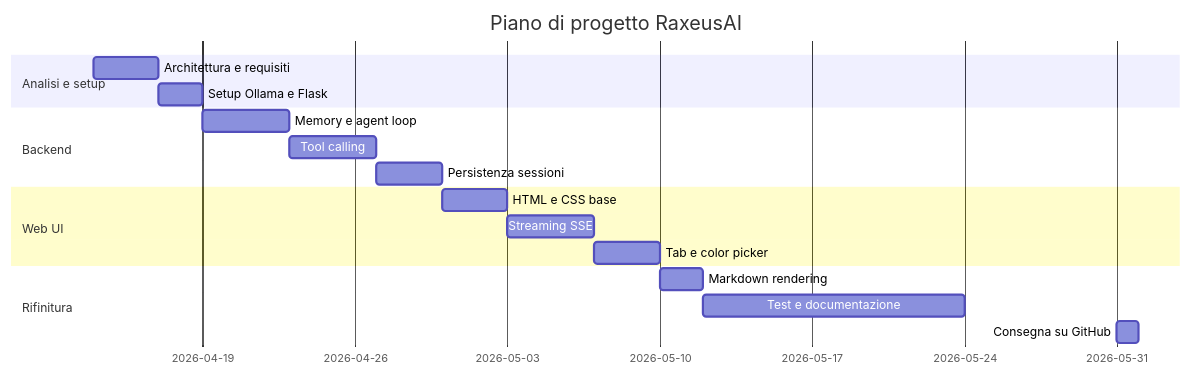
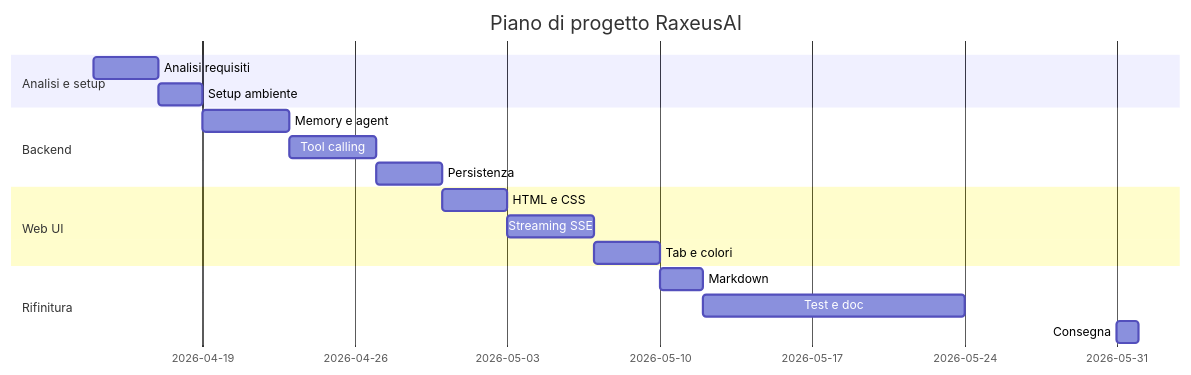
Before and after one commit to AlbertoBruscoliniMain/RaxeusAI: the fourth of 4 diagrams in REQUISITI_PROGETTO.md, drawn with Mermaid. The commit also changed 1 other file, not shown here.

Commit message:
Gantt: etichette brevi per fit nelle barre; README: scaletta completa di tutti i file con descrizioni

````diff
--- a/REQUISITI_PROGETTO.md
+++ b/REQUISITI_PROGETTO.md
@@ -304,20 +304,20 @@
 ```mermaid
 gantt
     dateFormat  YYYY-MM-DD
     title Piano di progetto RaxeusAI
     section Analisi e setup
-    Architettura e requisiti       :a1, 2026-04-14, 3d
-    Setup Ollama e Flask           :a2, after a1, 2d
+    Analisi requisiti    :a1, 2026-04-14, 3d
+    Setup ambiente       :a2, after a1, 2d
     section Backend
-    Memory e agent loop            :b1, after a2, 4d
-    Tool calling                   :b2, after b1, 4d
-    Persistenza sessioni           :b3, after b2, 3d
+    Memory e agent       :b1, after a2, 4d
+    Tool calling         :b2, after b1, 4d
+    Persistenza          :b3, after b2, 3d
     section Web UI
-    HTML e CSS base                :c1, after b3, 3d
-    Streaming SSE                  :c2, after c1, 4d
-    Tab e color picker             :c3, after c2, 3d
+    HTML e CSS           :c1, after b3, 3d
+    Streaming SSE        :c2, after c1, 4d
+    Tab e colori         :c3, after c2, 3d
     section Rifinitura
-    Markdown rendering             :d1, after c3, 2d
-    Test e documentazione          :d2, after d1, 12d
-    Consegna su GitHub             :d3, 2026-05-31, 1d
+    Markdown             :d1, after c3, 2d
+    Test e doc           :d2, after d1, 12d
+    Consegna             :d3, 2026-05-31, 1d
 ```
````
